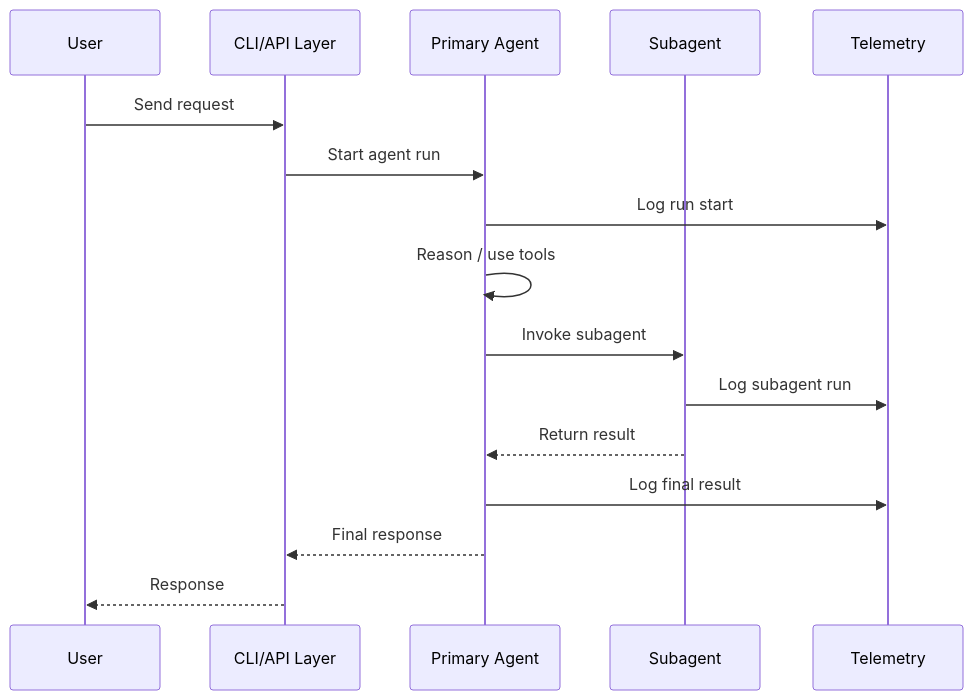
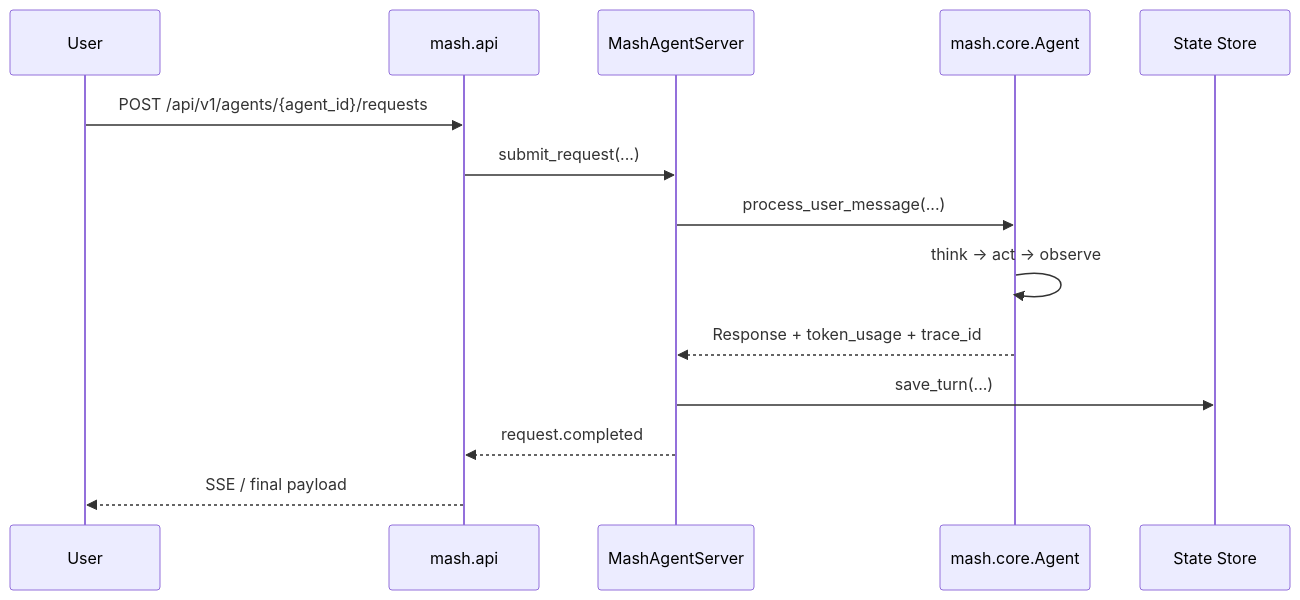
Before and after one commit to imsid/mashpy: the second of 3 diagrams in README.md, drawn with Mermaid. The commit also changed other lines of this file and 106 other files, not shown here.

````diff
--- a/README.md
+++ b/README.md
@@ -122,19 +103,17 @@
 ```mermaid
 sequenceDiagram
     participant User
-    participant Entry as CLI/API Layer
-    participant P as Primary Agent
-    participant S as Subagent
-    participant T as Telemetry
+    participant API as mash.api
+    participant Runtime as MashAgentServer
+    participant Agent as mash.core.Agent
+    participant Store as State Store
 
-    User->>Entry: Send request
-    Entry->>P: Start agent run
-    P->>T: Log run start
-    P->>P: Reason / use tools
-    P->>S: Invoke subagent
-    S->>T: Log subagent run
-    S-->>P: Return result
-    P->>T: Log final result
-    P-->>Entry: Final response
-    Entry-->>User: Response
+    User->>API: POST /api/v1/agents/{agent_id}/requests
+    API->>Runtime: submit_request(...)
+    Runtime->>Agent: process_user_message(...)
+    Agent->>Agent: think -> act -> observe
+    Agent-->>Runtime: Response + token_usage + trace_id
+    Runtime->>Store: save_turn(...)
+    Runtime-->>API: request.completed
+    API-->>User: SSE / final payload
 ```
````
